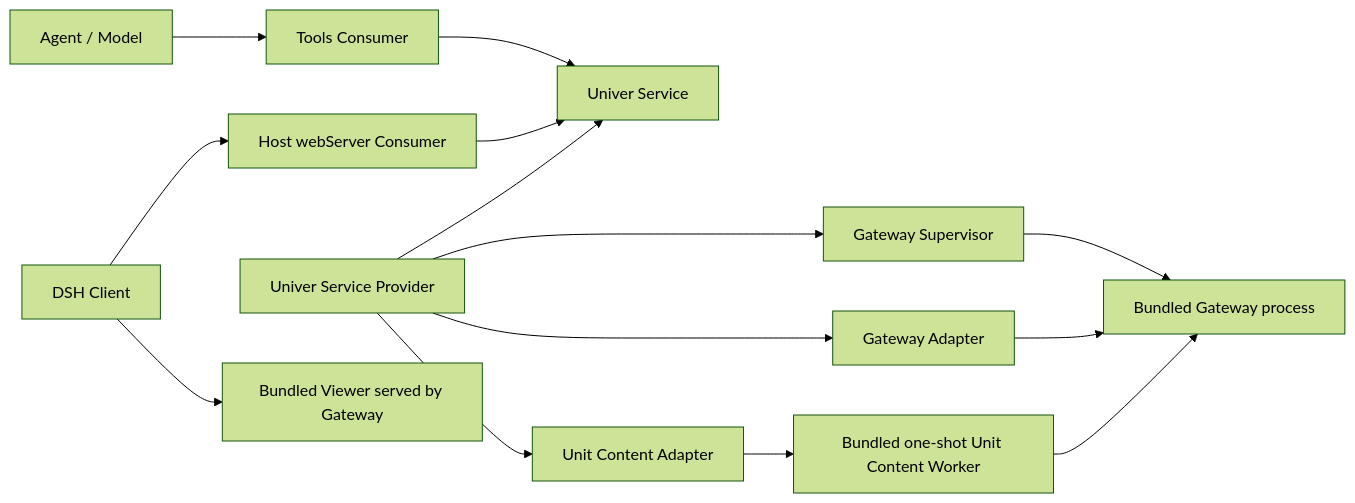
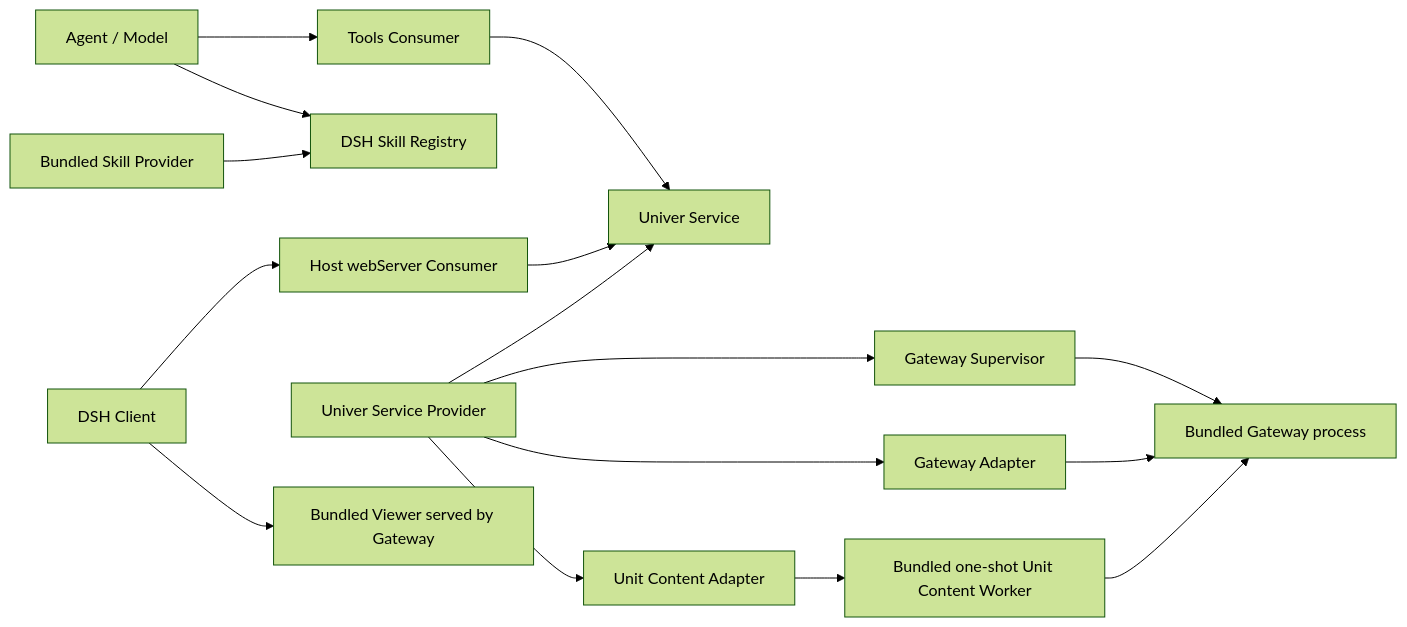
Before and after one commit to SparkElf/dsh-univer-office: the diagram in docs/architecture.md, drawn with Mermaid (forest theme). The commit also changed other lines of this file and 50 other files, not shown here.

Commit message:
feat: add core Univer tools and bundled skills

````diff
--- a/docs/architecture.md
+++ b/docs/architecture.md
@@ -43,16 +46,18 @@
 ```mermaid
 flowchart LR
     Model["Agent / Model"] --> Tools["Tools Consumer"]
+    Model --> SkillRegistry["DSH Skill Registry"]
+    Skills["Bundled Skill Provider"] --> SkillRegistry
     Browser["DSH Client"] --> WebServer["Host webServer Consumer"]
     Tools --> Service["Univer Service"]
     WebServer --> Service
     Provider["Univer Service Provider"] --> Service
     Provider --> GatewayAdapter["Gateway Adapter"]
     Provider --> UnitContentAdapter["Unit Content Adapter"]
     Provider --> GatewaySupervisor["Gateway Supervisor"]
     GatewaySupervisor --> Gateway["Bundled Gateway process"]
     GatewayAdapter --> Gateway
     UnitContentAdapter --> Worker["Bundled one-shot Unit Content Worker"]
     Worker --> Gateway
     Browser --> Viewer["Bundled Viewer served by Gateway"]
 ```
````
